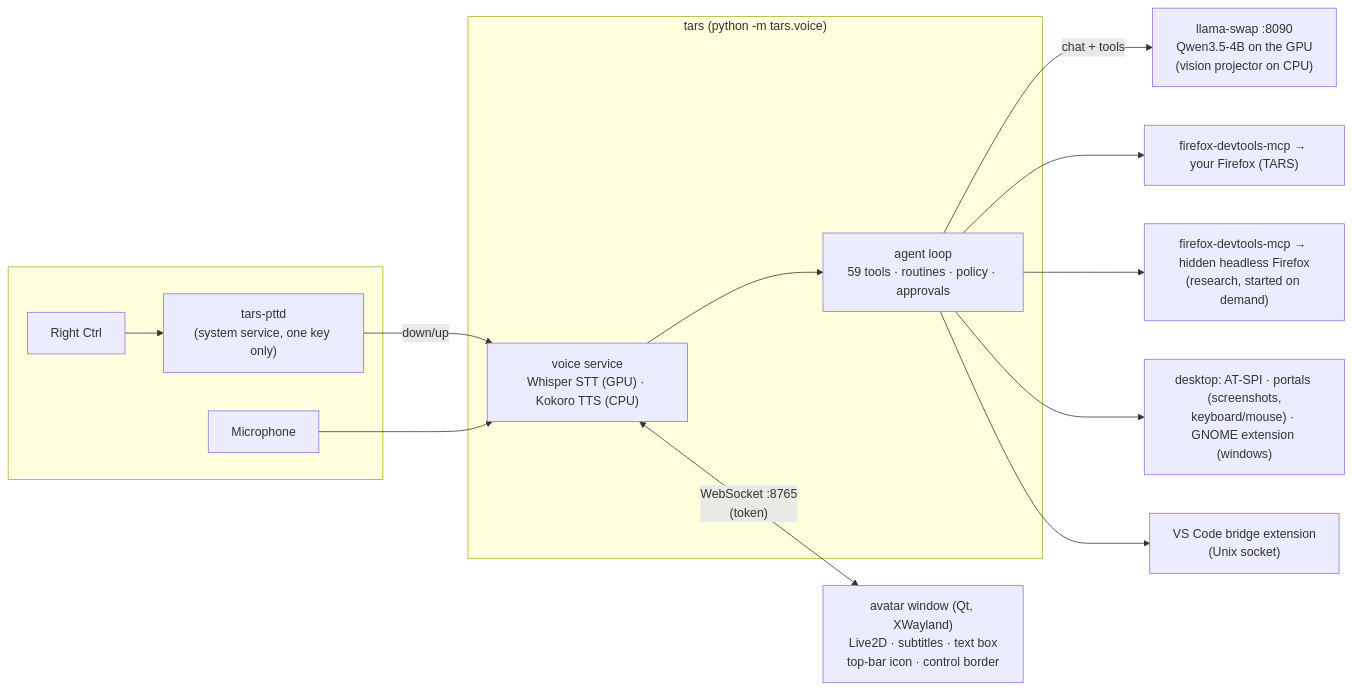
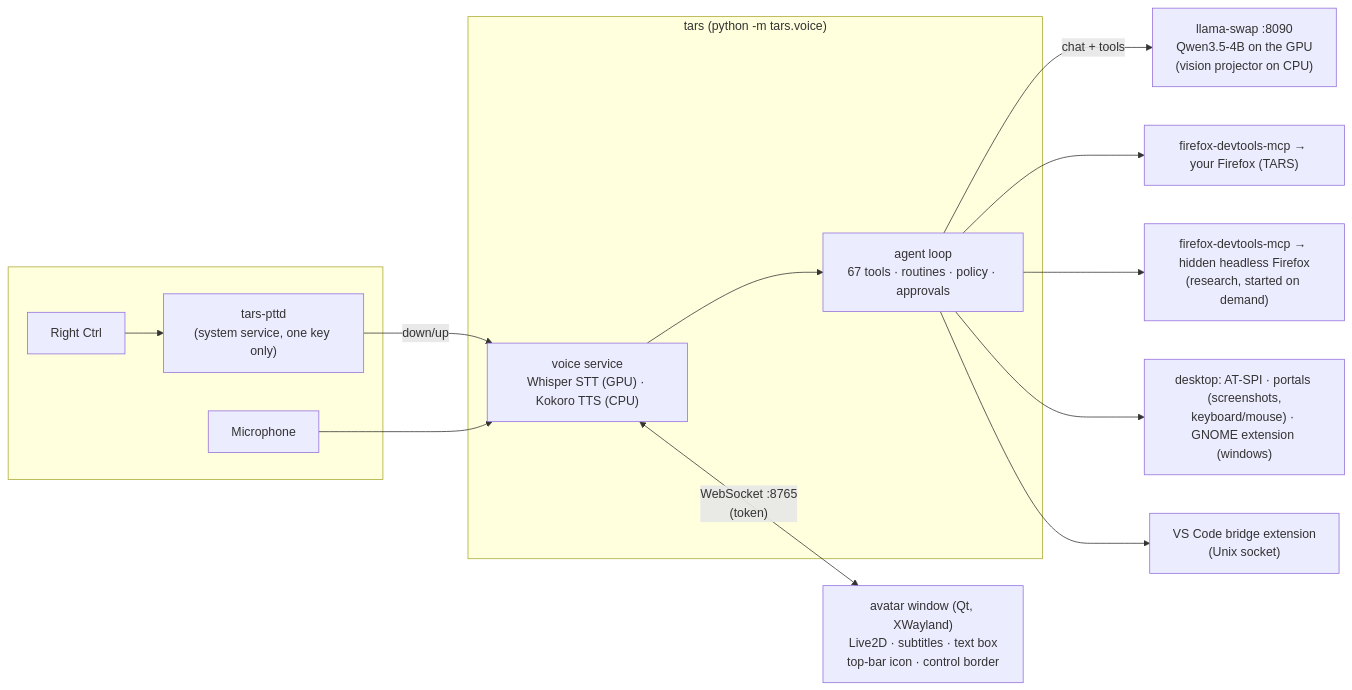
One commit to Ekansh0301/Voxd changed the diagram in docs/ARCHITECTURE.md. Above: the diagram before and after it, drawn with Mermaid. The commit also changed other lines of this file and 6 other files, not shown here.

````diff
--- a/docs/ARCHITECTURE.md
+++ b/docs/ARCHITECTURE.md
@@ -8,18 +8,18 @@
 ```mermaid
 flowchart LR
   subgraph you[" "]
     key[Right Ctrl] --> pttd["tars-pttd<br/>(system service, one key only)"]
     mic[Microphone]
   end
   pttd -- down/up --> voice
   mic --> voice
   subgraph tars["tars (python -m tars.voice)"]
-    voice["voice service<br/>Whisper STT (GPU) · Kokoro TTS (CPU)"] --> agent["agent loop<br/>59 tools · routines · policy · approvals"]
+    voice["voice service<br/>Whisper STT (GPU) · Kokoro TTS (CPU)"] --> agent["agent loop<br/>67 tools · routines · policy · approvals"]
   end
   agent -- chat + tools --> swap["llama-swap :8090<br/>Qwen3.5-4B on the GPU<br/>(vision projector on CPU)"]
   voice <-- "WebSocket :8765<br/>(token)" --> ui["avatar window (Qt, XWayland)<br/>Live2D · subtitles · text box<br/>top-bar icon · control border"]
   agent --> ff["firefox-devtools-mcp → your Firefox (TARS)"]
   agent --> bg["firefox-devtools-mcp → hidden headless Firefox<br/>(research, started on demand)"]
   agent --> desk["desktop: AT-SPI · portals (screenshots,<br/>keyboard/mouse) · GNOME extension (windows)"]
   agent --> code["VS Code bridge extension<br/>(Unix socket)"]
 ```
````
